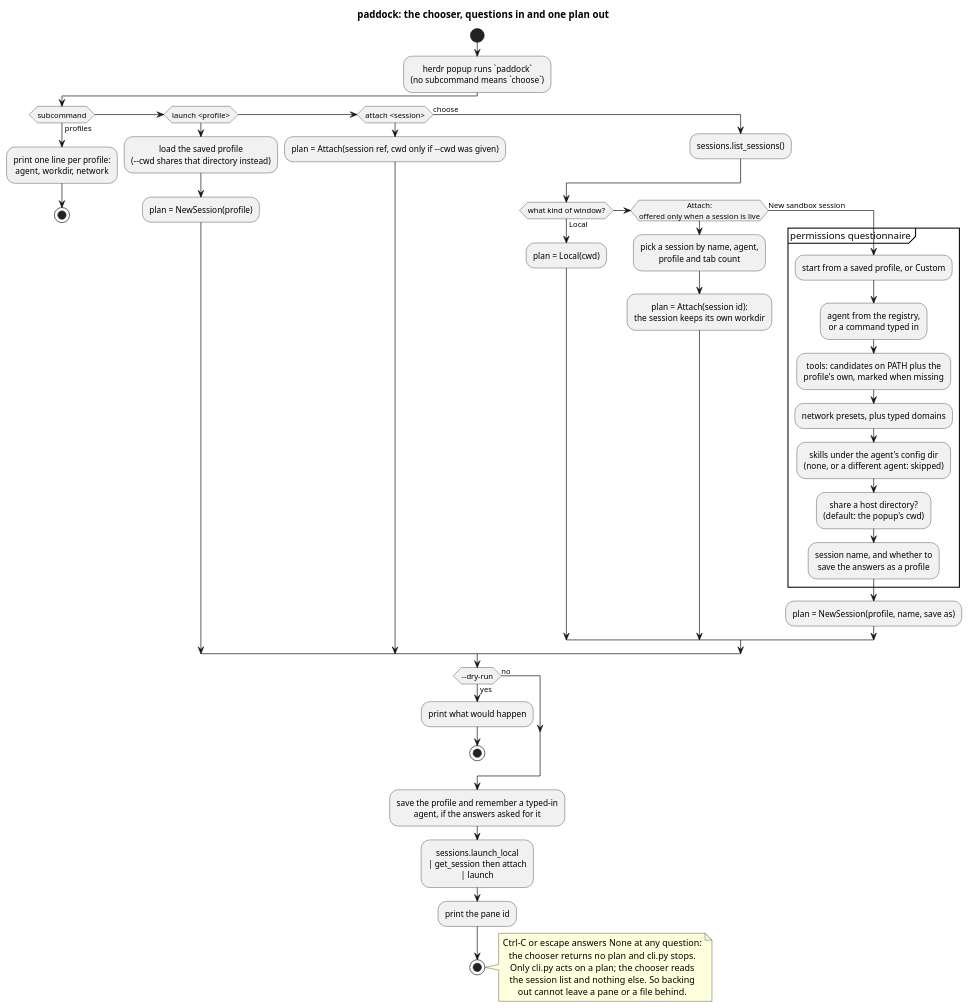
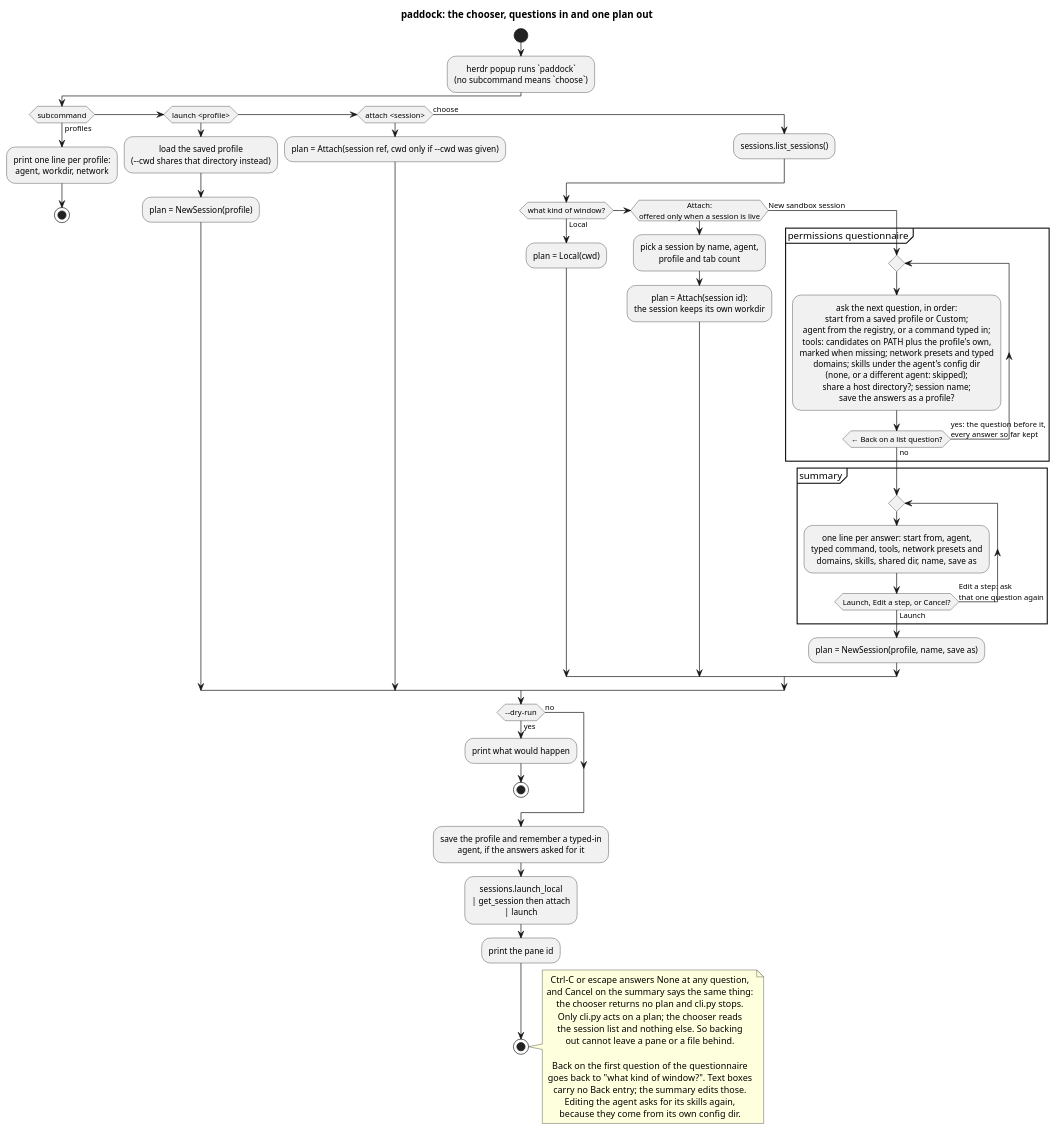
The diagram in docs/diagrams/chooser_flow.puml (paddock-sh/paddock), drawn with PlantUML before and after one commit. The commit also changed 4 other files, not shown here.

First line of the commit message:
feat: back navigation and a summary screen in the chooser

```diff
--- a/docs/diagrams/chooser_flow.puml
+++ b/docs/diagrams/chooser_flow.puml
@@ -1,58 +1,66 @@
 @startuml chooser_flow
 title paddock: the chooser, questions in and one plan out
 
 skinparam shadowing false
 skinparam defaultTextAlignment center
 
 start
 :herdr popup runs `paddock`\n(no subcommand means `choose`);
 
 if (subcommand) then (profiles)
   :print one line per profile:\nagent, workdir, network;
   stop
 elseif (launch <profile>) then
   :load the saved profile\n(--cwd shares that directory instead);
   :plan = NewSession(profile);
 elseif (attach <session>) then
   :plan = Attach(session ref, cwd only if --cwd was given);
 else (choose)
   :sessions.list_sessions();
   if (what kind of window?) then (Local)
     :plan = Local(cwd);
   elseif (Attach:\noffered only when a session is live) then
     :pick a session by name, agent,\nprofile and tab count;
     :plan = Attach(session id):\nthe session keeps its own workdir;
   else (New sandbox session)
     partition "permissions questionnaire" {
-      :start from a saved profile, or Custom;
-      :agent from the registry,\nor a command typed in;
-      :tools: candidates on PATH plus the\nprofile's own, marked when missing;
-      :network presets, plus typed domains;
-      :skills under the agent's config dir\n(none, or a different agent: skipped);
-      :share a host directory?\n(default: the popup's cwd);
-      :session name, and whether to\nsave the answers as a profile;
+      repeat
+        :ask the next question, in order:\nstart from a saved profile or Custom;\nagent from the registry, or a command typed in;\ntools: candidates on PATH plus the profile's own,\nmarked when missing; network presets and typed\ndomains; skills under the agent's config dir\n(none, or a different agent: skipped);\nshare a host directory?; session name;\nsave the answers as a profile?;
+      repeat while (← Back on a list question?) is (yes: the question before it,\nevery answer so far kept) not (no)
+    }
+    partition "summary" {
+      repeat
+        :one line per answer: start from, agent,\ntyped command, tools, network presets and\ndomains, skills, shared dir, name, save as;
+      repeat while (Launch, Edit a step, or Cancel?) is (Edit a step: ask\nthat one question again) not (Launch)
     }
     :plan = NewSession(profile, name, save as);
   endif
 endif
 
 if (--dry-run) then (yes)
   :print what would happen;
   stop
 else (no)
 endif
 
 :save the profile and remember a typed-in\nagent, if the answers asked for it;
 :sessions.launch_local\n| get_session then attach\n| launch;
 :print the pane id;
 stop
 
 note right
-  Ctrl-C or escape answers None at any question:
+  Ctrl-C or escape answers None at any question,
+  and Cancel on the summary says the same thing:
   the chooser returns no plan and cli.py stops.
   Only cli.py acts on a plan; the chooser reads
   the session list and nothing else. So backing
   out cannot leave a pane or a file behind.
+
+  Back on the first question of the questionnaire
+  goes back to "what kind of window?". Text boxes
+  carry no Back entry; the summary edits those.
+  Editing the agent asks for its skills again,
+  because they come from its own config dir.
 end note
 
 @enduml
```
